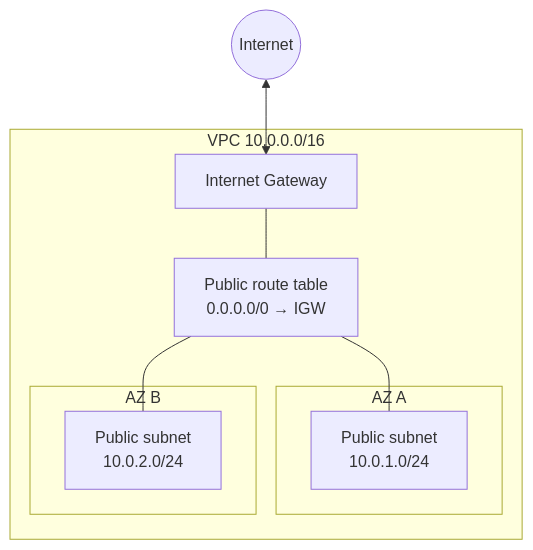
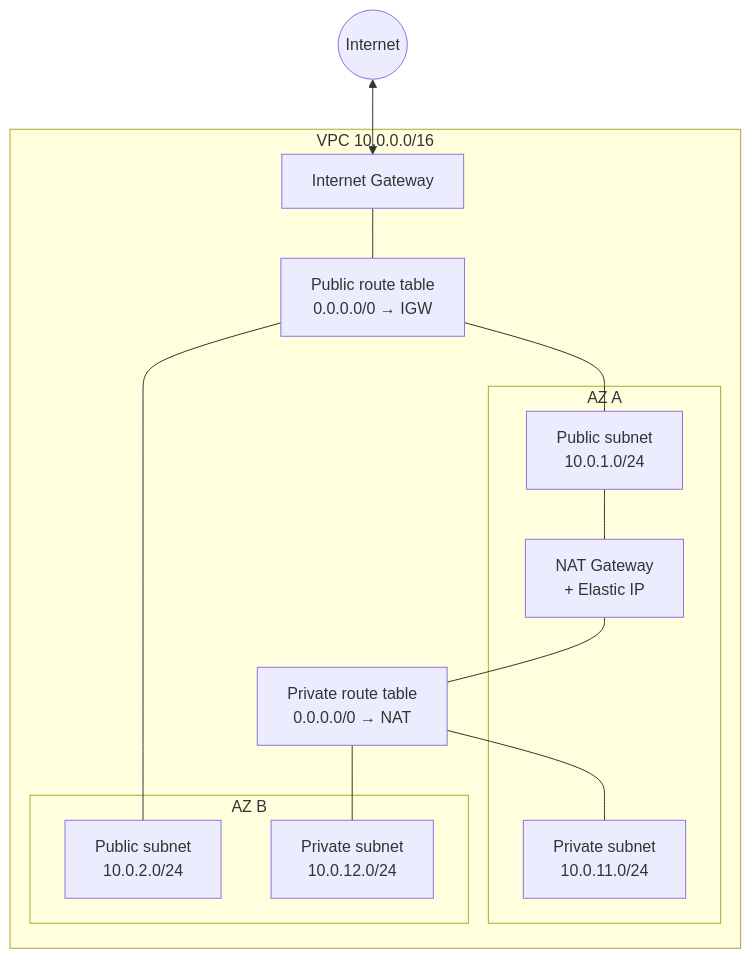
One commit to samibhiri/aws-terraform-ha-fullstack changed the diagram in README.md. Above: the diagram before and after it, drawn with Mermaid. The commit also changed other lines of this file and 1 other file, not shown here.

Commit message:
feat(network): add NAT gateway and private routing
Update README architecture diagram and network design.

````diff
--- a/README.md
+++ b/README.md
@@ -18,22 +18,30 @@
 ```mermaid
 flowchart TB
     internet((Internet))
 
     subgraph VPC["VPC 10.0.0.0/16"]
         igw[Internet Gateway]
-        rt[Public route table<br/>0.0.0.0/0 → IGW]
+        rtpub[Public route table<br/>0.0.0.0/0 → IGW]
+        rtpriv[Private route table<br/>0.0.0.0/0 → NAT]
 
         subgraph AZA["AZ A"]
             pubA[Public subnet<br/>10.0.1.0/24]
+            nat[NAT Gateway<br/>+ Elastic IP]
+            privA[Private subnet<br/>10.0.11.0/24]
         end
 
         subgraph AZB["AZ B"]
             pubB[Public subnet<br/>10.0.2.0/24]
+            privB[Private subnet<br/>10.0.12.0/24]
         end
     end
 
     internet <--> igw
-    igw --- rt
-    rt --- pubA
-    rt --- pubB
+    igw --- rtpub
+    rtpub --- pubA
+    rtpub --- pubB
+    pubA --- nat
+    nat --- rtpriv
+    rtpriv --- privA
+    rtpriv --- privB
 ```
````
